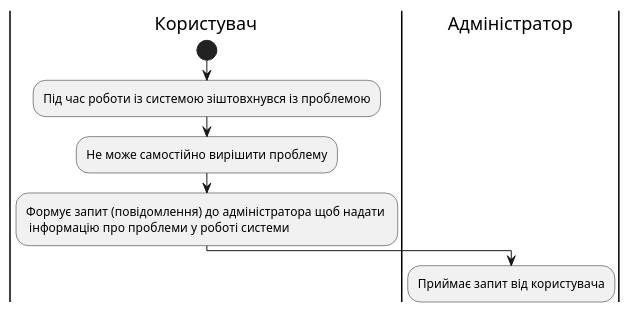
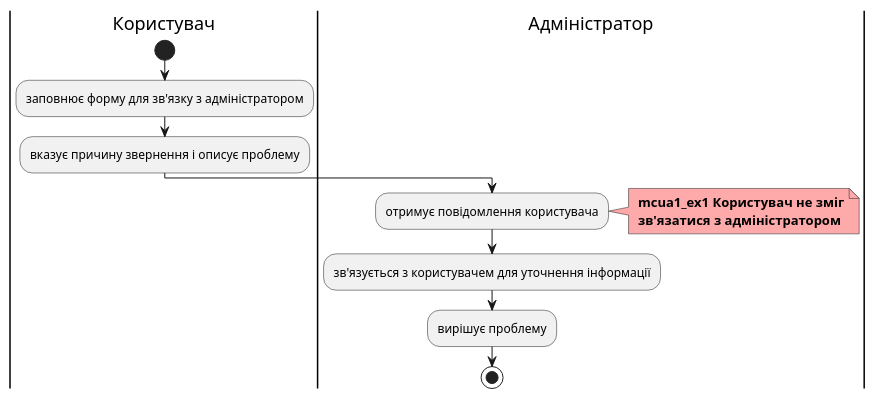
The sixth of 9 diagrams in docs/use cases/README.md (ukioxz/media-content-analyzing-system), drawn with PlantUML before and after one commit. The commit also changed other lines of this file and 2 other files, not shown here.

```diff
--- a/docs/use cases/README.md
+++ b/docs/use cases/README.md
@@ -360,17 +173,17 @@
 @startuml
 
 |Користувач|
-
 start
-
-:Під час роботи із системою зіштовхнувся із проблемою;
-
-:Не може самостійно вирішити проблему;
-
-:Формує запит (повідомлення) до адміністратора щоб надати \n інформацію про проблеми у роботі системи;
-
-|#AntiqueWhite|Адміністратор
-
-:Приймає запит від користувача;
+:заповнює форму для зв'язку з адміністратором;  
+:вказує причину звернення і описує проблему;
+|Адміністратор| 
+:отримує повідомлення користувача;
+note right #ffaaaa
+<b> mcua1_ex1 Користувач не зміг
+<b> зв'язатися з адміністратором
+end note
+:зв'язується з користувачем для уточнення інформації;
+:вирішує проблему;
+stop
 
 @enduml
```
